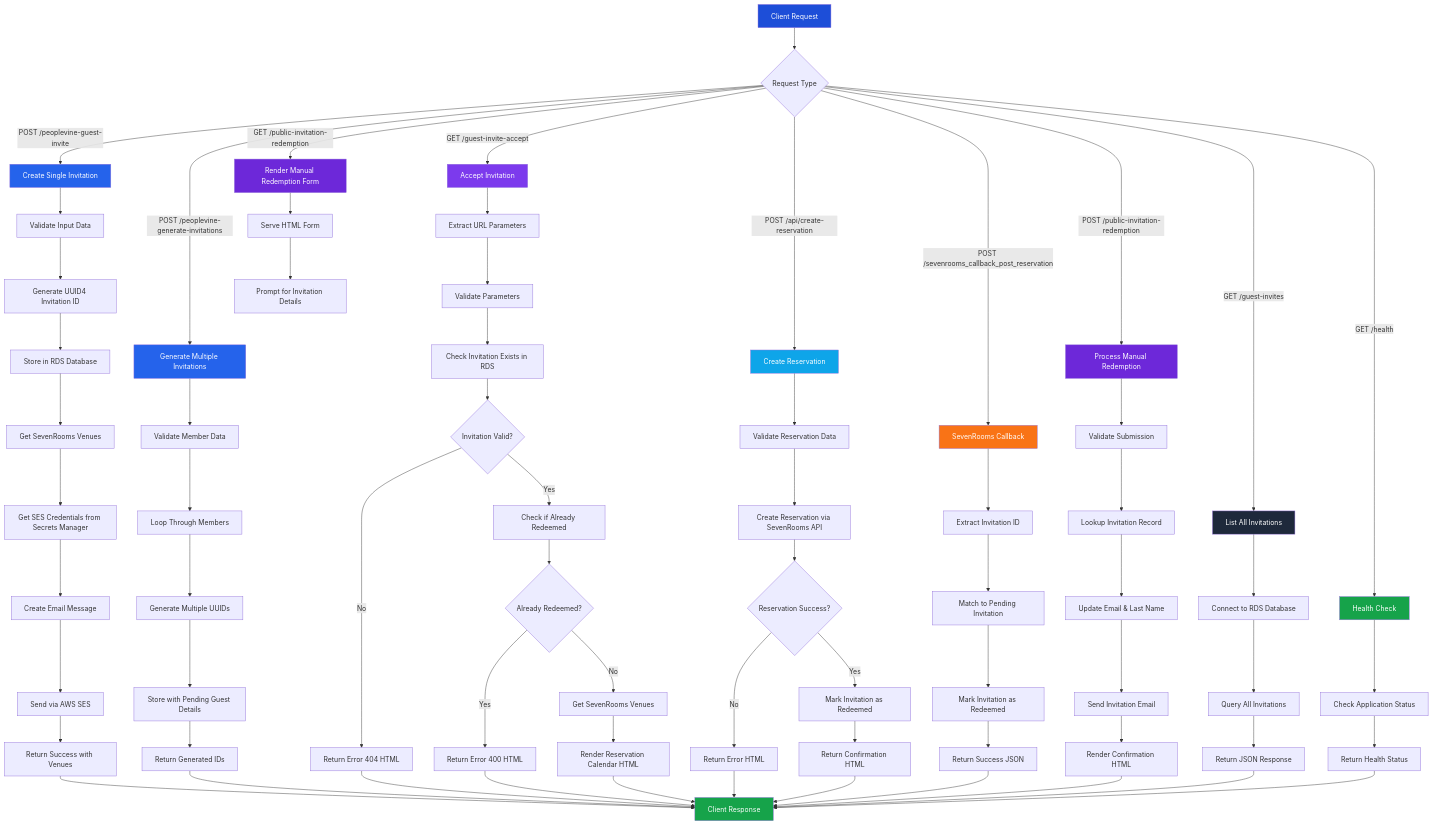
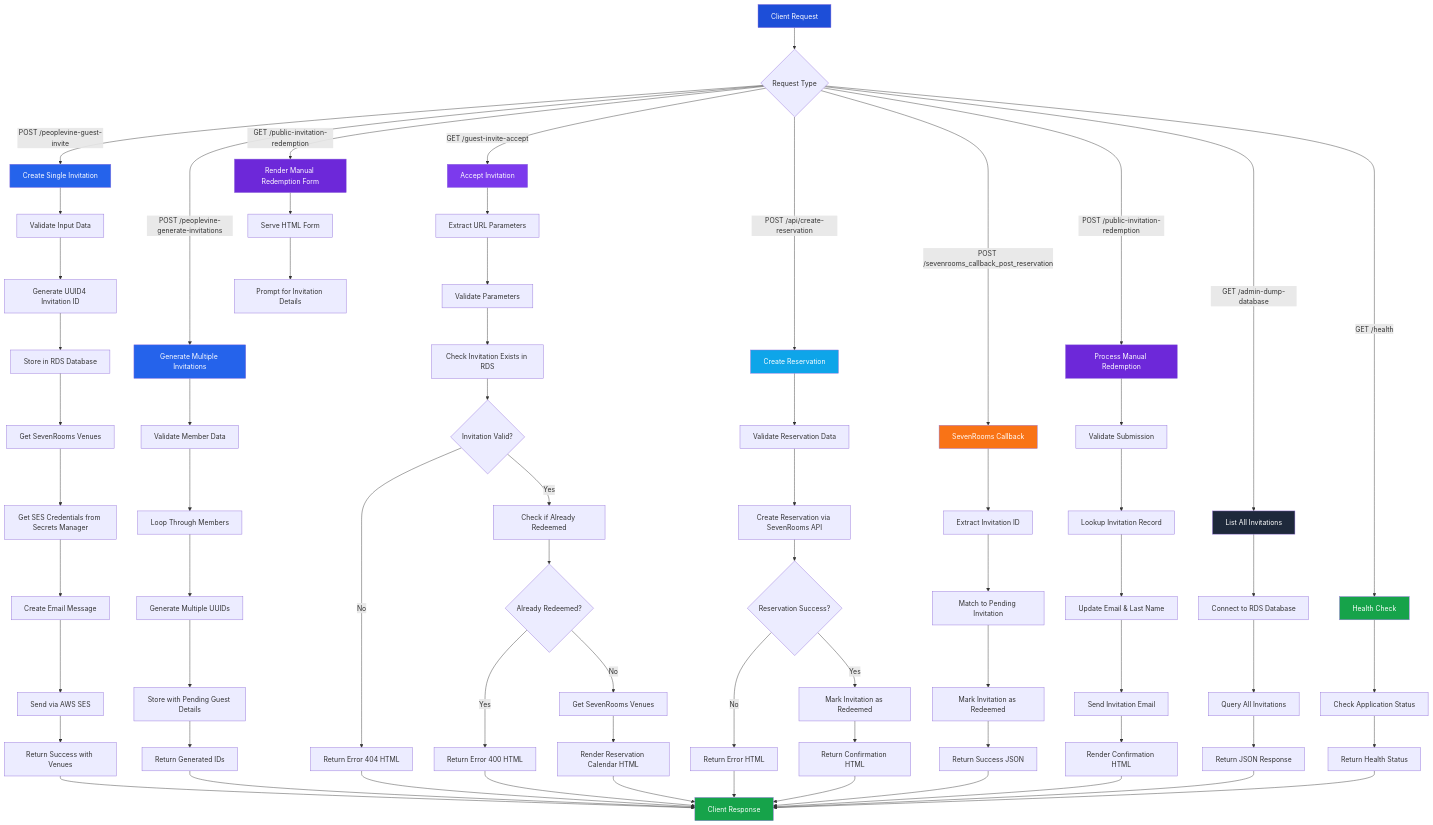
Before and after one commit to jkb619/jkb619: the second of 7 diagrams in mc/README.md, drawn with Mermaid. The commit also changed other lines of this file and 2 other files, not shown here.

```diff
--- a/mc/README.md
+++ b/mc/README.md
@@ -209,7 +209,7 @@
     B -->|POST /sevenrooms_callback_post_reservation| H[SevenRooms Callback]
     B -->|GET /public-invitation-redemption| I[Render Manual Redemption Form]
     B -->|POST /public-invitation-redemption| J[Process Manual Redemption]
-    B -->|GET /guest-invites| K[List All Invitations]
+    B -->|GET /admin-dump-database| K[List All Invitations]
     B -->|GET /health| L[Health Check]
     
     C --> C1[Validate Input Data]
```
